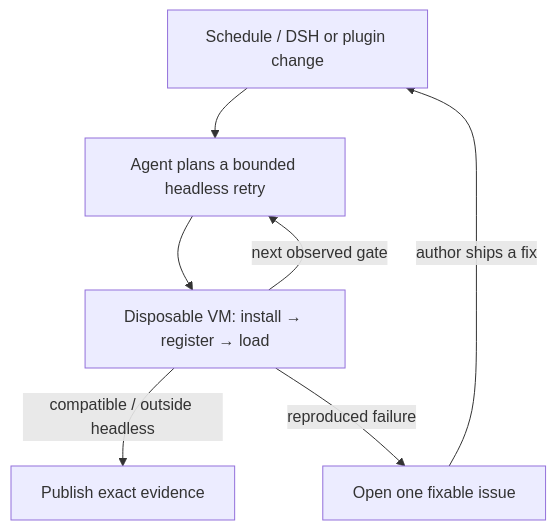
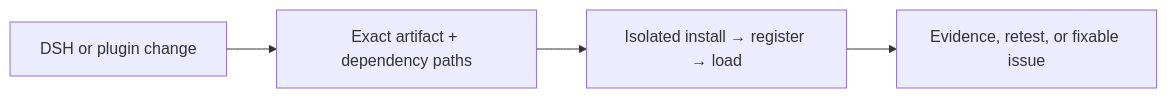
The diagram in README.md (MicroMilo/upstream-radar), drawn with Mermaid before and after one commit. The commit also changed other lines of this file and 1 other file, not shown here.

````diff
--- a/README.md
+++ b/README.md
@@ -46,9 +49,6 @@
 ```mermaid
-flowchart TB
-  Change["Schedule / DSH or plugin change"] --> Agent["Agent plans a bounded headless retry"]
-  Agent --> Runtime["Disposable VM: install → register → load"]
-  Runtime -->|"next observed gate"| Agent
-  Runtime -->|"compatible / outside headless"| Evidence["Publish exact evidence"]
-  Runtime -->|"reproduced failure"| Issue["Open one fixable issue"]
-  Issue -->|"author ships a fix"| Change
+flowchart LR
+  Change["DSH or plugin change"] --> Graph["Exact artifact + dependency paths"]
+  Graph --> Runtime["Isolated install → register → load"]
+  Runtime --> Result["Evidence, retest, or fixable issue"]
 ```
````
